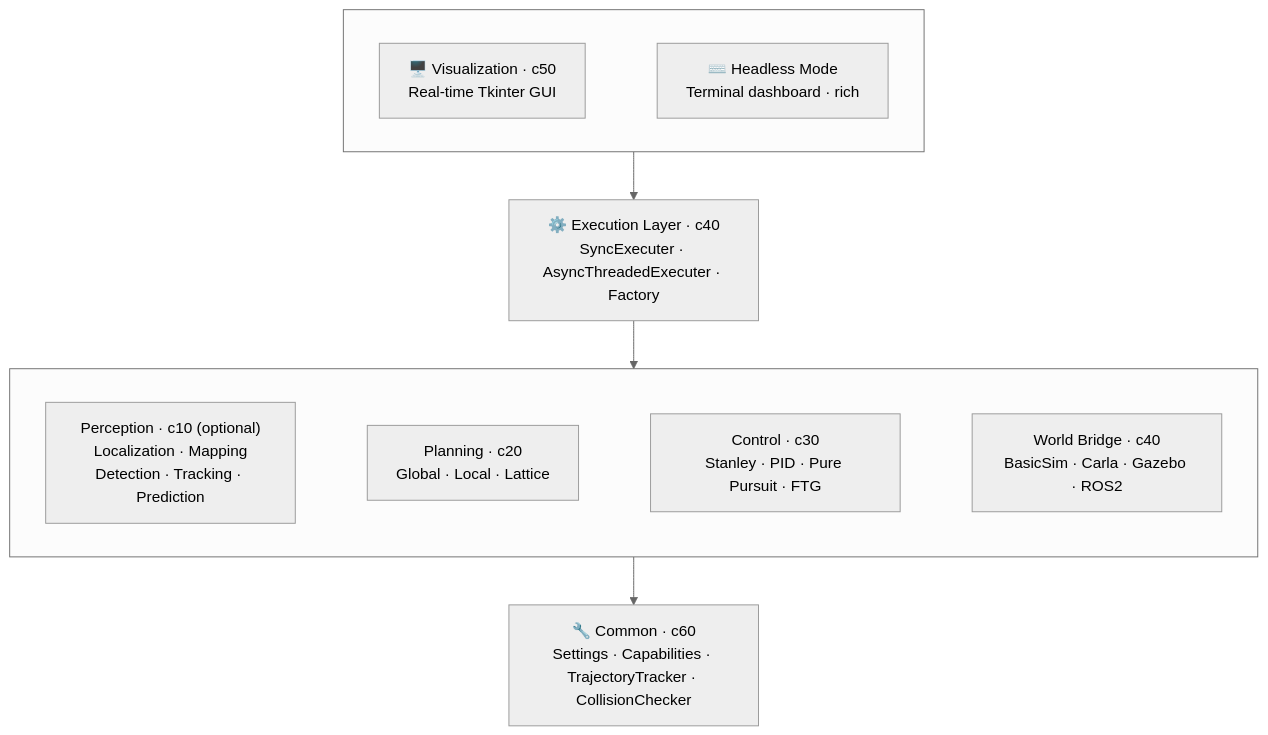
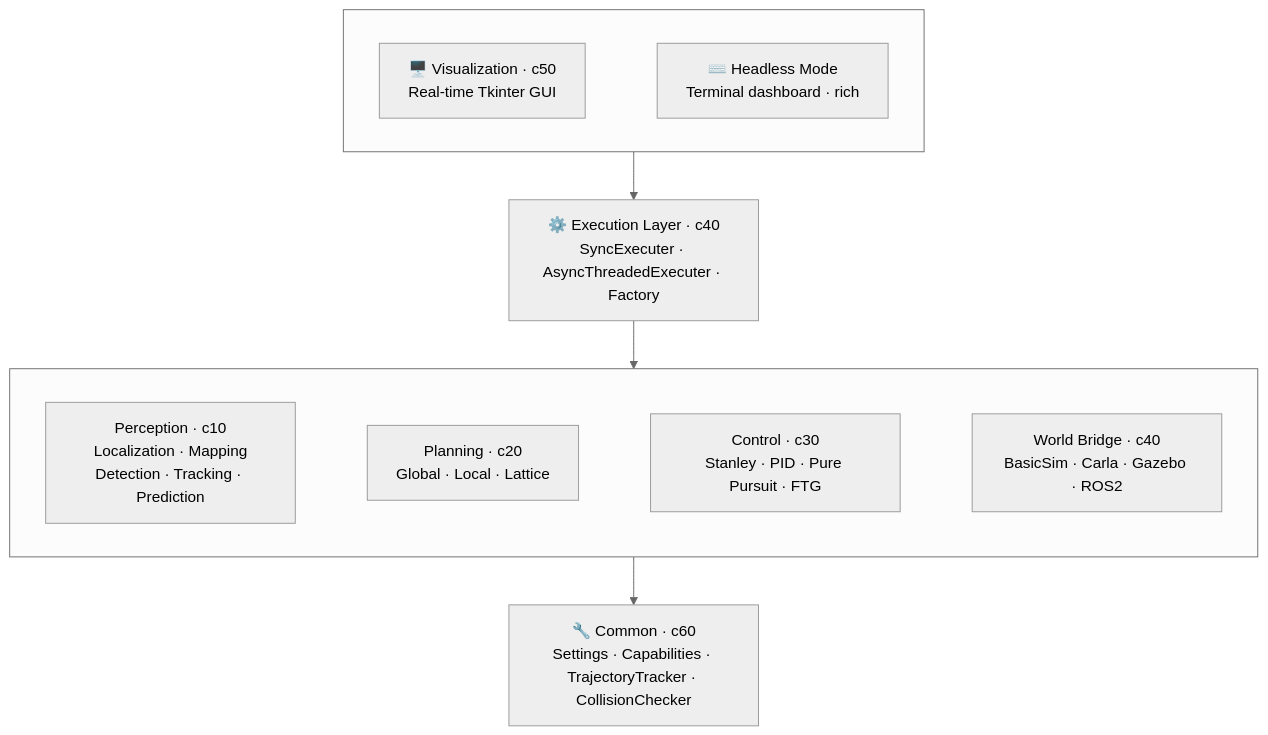
The diagram in README.md (AV-Lab/avlite), drawn with Mermaid (neutral theme) before and after one commit. The commit also changed other lines of this file and 25 other files, not shown here.

````diff
--- a/README.md
+++ b/README.md
@@ -61,26 +61,26 @@
 ```mermaid
 flowchart TB
     subgraph ENTRY[" "]
         direction LR
         VIZ["🖥️ Visualization · c50\nReal-time Tkinter GUI"]
         HL["⌨️ Headless Mode\nTerminal dashboard · rich"]
         VIZ ~~~ HL
     end
 
     EXEC["⚙️ Execution Layer · c40\nSyncExecuter · AsyncThreadedExecuter · Factory"]
 
     subgraph COMPONENTS[" "]
         direction LR
-        PERC["Perception · c10 (optional)\nLocalization · Mapping\nDetection · Tracking · Prediction"]
+        PERC["Perception · c10\nLocalization · Mapping\nDetection · Tracking · Prediction"]
         PLAN["Planning · c20\nGlobal · Local · Lattice"]
         CTRL["Control · c30\nStanley · PID · Pure Pursuit · FTG"]
         WB["World Bridge · c40\nBasicSim · Carla · Gazebo · ROS2"]
         PERC ~~~ PLAN ~~~ CTRL ~~~ WB
     end
 
     COMMON["🔧 Common · c60\nSettings · Capabilities · TrajectoryTracker · CollisionChecker"]
 
     ENTRY --> EXEC
     EXEC --> COMPONENTS
     COMPONENTS --> COMMON
 ```
````
